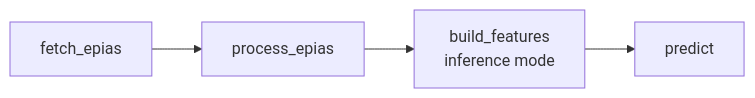
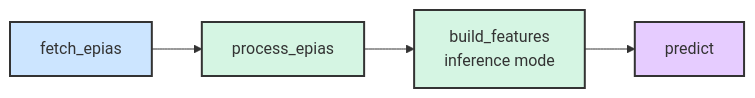
The third of 3 diagrams in README.md (Berkeaziz/Teias_PTF_Forecast), drawn with Mermaid before and after one commit. The commit also changed other lines of this file and 1 other file, not shown here.

````diff
--- a/README.md
+++ b/README.md
@@ -314,6 +345,21 @@
 ```mermaid
 flowchart LR
-    fetch_epias[fetch_epias] --> process_epias[process_epias]
-    process_epias --> build_features[build_features<br/>inference mode]
-    build_features --> predict[predict]
+    fetch_epias[fetch_epias]
+    process_epias[process_epias]
+    build_features[build_features<br/>inference mode]
+    predict[predict]
+
+    fetch_epias --> process_epias
+    process_epias --> build_features
+    build_features --> predict
+
+%% Styles
+classDef ingestion fill:#cce5ff,stroke:#333,stroke-width:2px
+classDef processing fill:#d5f5e3,stroke:#333,stroke-width:2px
+classDef inference fill:#e6ccff,stroke:#333,stroke-width:2px
+
+class fetch_epias ingestion
+class process_epias processing
+class build_features processing
+class predict inference
 ```
````
